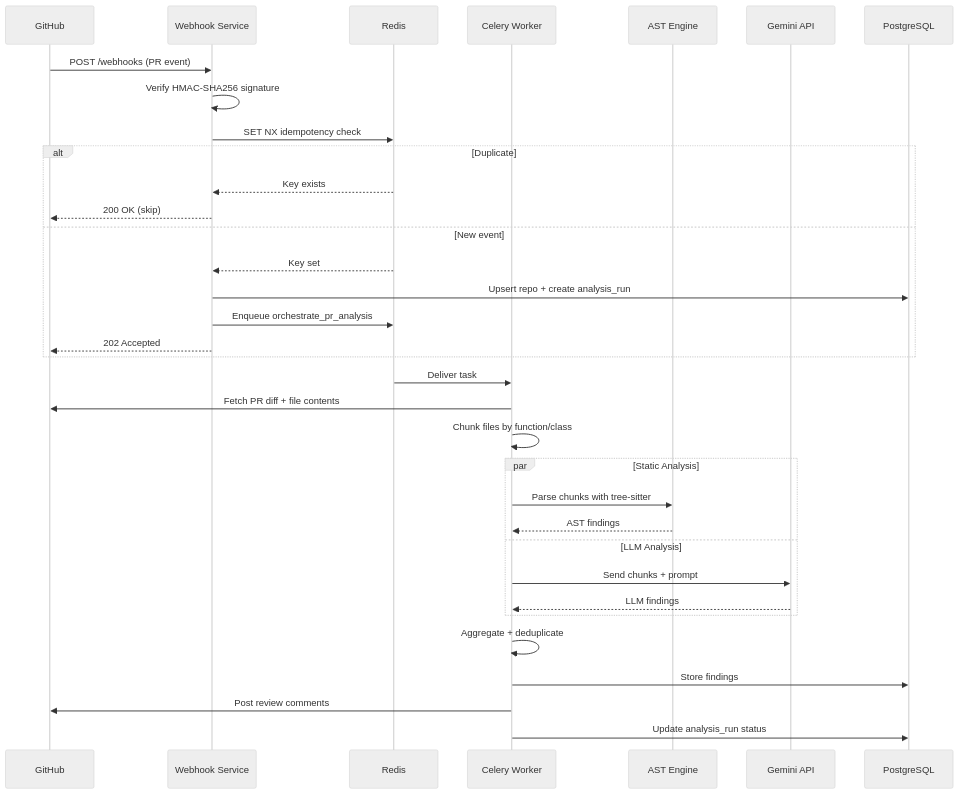
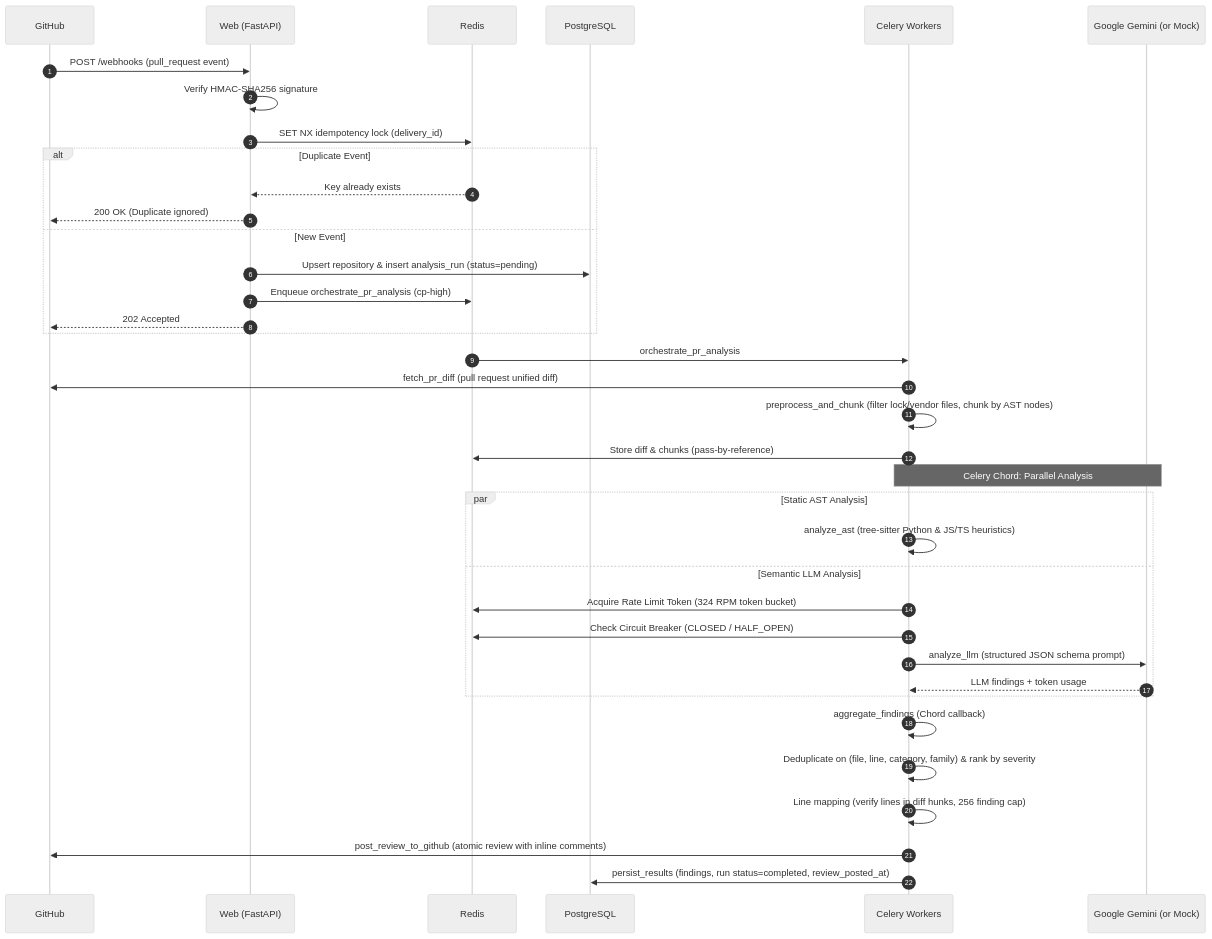
Before and after one commit to bearAtharv/codepulse-ai: the second of 3 diagrams in README.md, drawn with Mermaid (neutral theme). The commit also changed other lines of this file and 4 other files, not shown here.

Commit message:
chore(release): v0.9.0 - comprehensive documentation, test webhook utility, and mock verification

````diff
--- a/README.md
+++ b/README.md
@@ -61,40 +75,43 @@
 ```mermaid
 sequenceDiagram
+    autonumber
     participant GH as GitHub
-    participant WS as Webhook Service
-    participant RD as Redis
-    participant CW as Celery Worker
-    participant AST as AST Engine
-    participant LLM as Gemini API
-    participant PG as PostgreSQL
+    participant W as Web (FastAPI)
+    participant R as Redis
+    participant DB as PostgreSQL
+    participant CW as Celery Workers
+    participant LLM as Google Gemini (or Mock)
 
-    GH->>WS: POST /webhooks (PR event)
-    WS->>WS: Verify HMAC-SHA256 signature
-    WS->>RD: SET NX idempotency check
-    alt Duplicate
-        RD-->>WS: Key exists
-        WS-->>GH: 200 OK (skip)
-    else New event
-        RD-->>WS: Key set
-        WS->>PG: Upsert repo + create analysis_run
-        WS->>RD: Enqueue orchestrate_pr_analysis
-        WS-->>GH: 202 Accepted
+    GH->>W: POST /webhooks (pull_request event)
+    W->>W: Verify HMAC-SHA256 signature
+    W->>R: SET NX idempotency lock (delivery_id)
+    alt Duplicate Event
+        R-->>W: Key already exists
+        W-->>GH: 200 OK (Duplicate ignored)
+    else New Event
+        W->>DB: Upsert repository & insert analysis_run (status=pending)
+        W->>R: Enqueue orchestrate_pr_analysis (cp-high)
+        W-->>GH: 202 Accepted
     end
 
-    RD->>CW: Deliver task
-    CW->>GH: Fetch PR diff + file contents
-    CW->>CW: Chunk files by function/class
+    R->>CW: orchestrate_pr_analysis
+    CW->>GH: fetch_pr_diff (pull request unified diff)
+    CW->>CW: preprocess_and_chunk (filter lock/vendor files, chunk by AST nodes)
+    CW->>R: Store diff & chunks (pass-by-reference)
 
-    par Static Analysis
-        CW->>AST: Parse chunks with tree-sitter
-        AST-->>CW: AST findings
-    and LLM Analysis
-        CW->>LLM: Send chunks + prompt
-        LLM-->>CW: LLM findings
+    Note over CW,LLM: Celery Chord: Parallel Analysis
+    par Static AST Analysis
+        CW->>CW: analyze_ast (tree-sitter Python & JS/TS heuristics)
+    and Semantic LLM Analysis
+        CW->>R: Acquire Rate Limit Token (324 RPM token bucket)
+        CW->>R: Check Circuit Breaker (CLOSED / HALF_OPEN)
+        CW->>LLM: analyze_llm (structured JSON schema prompt)
+        LLM-->>CW: LLM findings + token usage
     end
 
-    CW->>CW: Aggregate + deduplicate
-    CW->>PG: Store findings
-    CW->>GH: Post review comments
-    CW->>PG: Update analysis_run status
+    CW->>CW: aggregate_findings (Chord callback)
+    CW->>CW: Deduplicate on (file, line, category, family) & rank by severity
+    CW->>CW: Line mapping (verify lines in diff hunks, 256 finding cap)
+    CW->>GH: post_review_to_github (atomic review with inline comments)
+    CW->>DB: persist_results (findings, run status=completed, review_posted_at)
 ```
````
